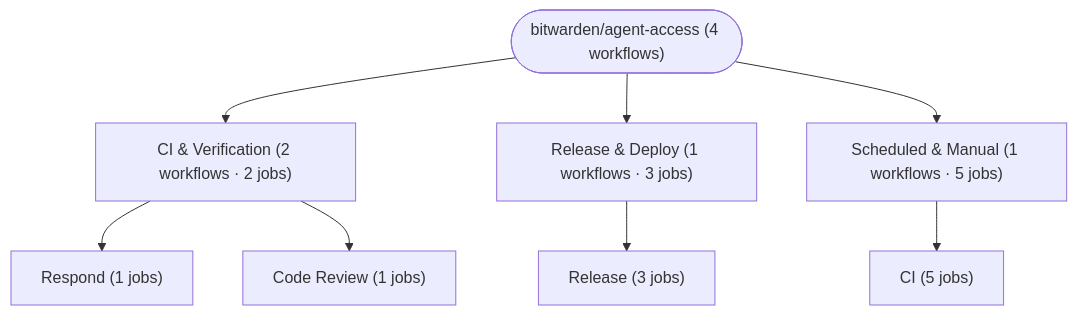
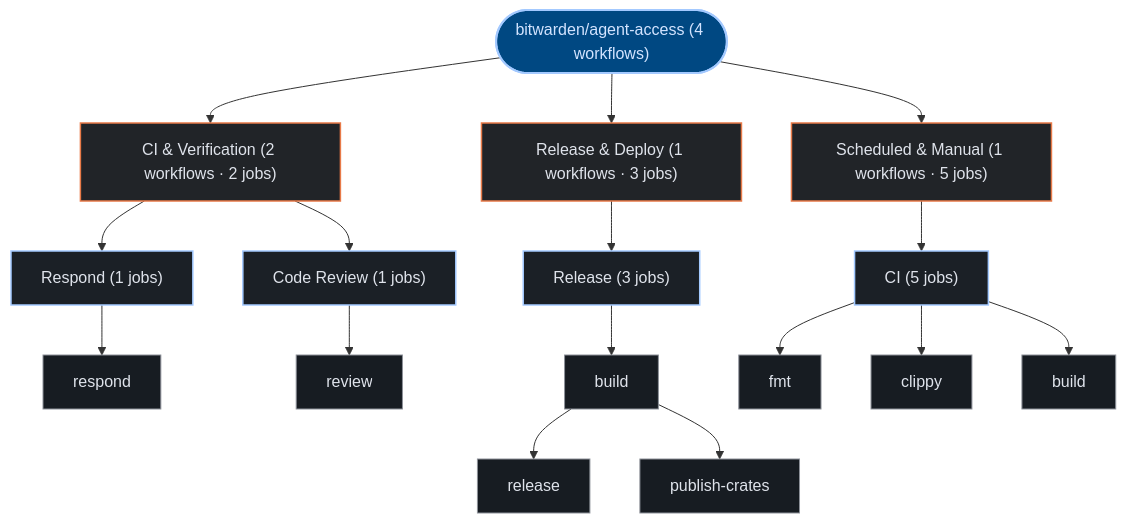
Before and after one commit to kumarshaz/atruss-code-atlas: the third of 3 diagrams in exports/latest/reports/bitwarden-agent-access-report.md, drawn with Mermaid. The commit also changed other lines of this file and 331 other files, not shown here.

Commit message:
docs,ui,fix: update SDLC docs, reorder CI/CD DAG first, stylize Mermaid, and fix Arc42 pipeline topology

````diff
--- a/exports/latest/reports/bitwarden-agent-access-report.md
+++ b/exports/latest/reports/bitwarden-agent-access-report.md
@@ -222,18 +233,41 @@
 ```mermaid
 graph TD;
-  pipeline_root(["bitwarden/agent-access (4 workflows)"])
-  grp_0_CI___Verification["CI & Verification (2 workflows · 2 jobs)"]
+  classDef atlasRoot fill:#004882,stroke:#a3c9ff,stroke-width:2px,color:#d3e4ff
+  classDef atlasCategory fill:#212428,stroke:#E87A48,stroke-width:1.5px,color:#dfe3eb
+  classDef atlasWorkflow fill:#1b2026,stroke:#a3c9ff,stroke-width:1.5px,color:#dfe3eb
+  classDef atlasJob fill:#171c22,stroke:#8d9199,stroke-width:1px,color:#dfe3eb
+  classDef atlasTarget fill:#005227,stroke:#8bd99b,stroke-width:1.5px,color:#a7f6b6
+  classDef atlasAlert fill:#93000a,stroke:#ffb4ab,stroke-width:1.5px,color:#ffdad6
+  classDef atlasMore fill:#252a31,stroke:#8d9199,stroke-dasharray:4 4,color:#c3c6cf
+  pipeline_root(["bitwarden/agent-access (4 workflows)"]):::atlasRoot
+  grp_0_CI___Verification["CI & Verification (2 workflows · 2 jobs)"]:::atlasCategory
   pipeline_root --> grp_0_CI___Verification
-  wf_2_Respond["Respond (1 jobs)"]
+  wf_2_Respond["Respond (1 jobs)"]:::atlasWorkflow
   grp_0_CI___Verification --> wf_2_Respond
-  wf_3_Code_Review["Code Review (1 jobs)"]
+  job_2_respond["respond"]:::atlasJob
+  wf_2_Respond --> job_2_respond
+  wf_3_Code_Review["Code Review (1 jobs)"]:::atlasWorkflow
   grp_0_CI___Verification --> wf_3_Code_Review
-  grp_1_Release___Deploy["Release & Deploy (1 workflows · 3 jobs)"]
+  job_3_review["review"]:::atlasJob
+  wf_3_Code_Review --> job_3_review
+  grp_1_Release___Deploy["Release & Deploy (1 workflows · 3 jobs)"]:::atlasCategory
   pipeline_root --> grp_1_Release___Deploy
-  wf_1_Release["Release (3 jobs)"]
+  wf_1_Release["Release (3 jobs)"]:::atlasWorkflow
   grp_1_Release___Deploy --> wf_1_Release
-  grp_2_Scheduled___Manual["Scheduled & Manual (1 workflows · 5 jobs)"]
+  job_1_build["build"]:::atlasJob
+  job_1_release["release"]:::atlasJob
+  job_1_publish_crates["publish-crates"]:::atlasJob
+  wf_1_Release --> job_1_build
+  job_1_build --> job_1_release
+  job_1_build --> job_1_publish_crates
+  grp_2_Scheduled___Manual["Scheduled & Manual (1 workflows · 5 jobs)"]:::atlasCategory
   pipeline_root --> grp_2_Scheduled___Manual
-  wf_0_CI["CI (5 jobs)"]
+  wf_0_CI["CI (5 jobs)"]:::atlasWorkflow
   grp_2_Scheduled___Manual --> wf_0_CI
+  job_0_fmt["fmt"]:::atlasJob
+  job_0_clippy["clippy"]:::atlasJob
+  job_0_build["build"]:::atlasJob
+  wf_0_CI --> job_0_fmt
+  wf_0_CI --> job_0_clippy
+  wf_0_CI --> job_0_build
 ```
````
